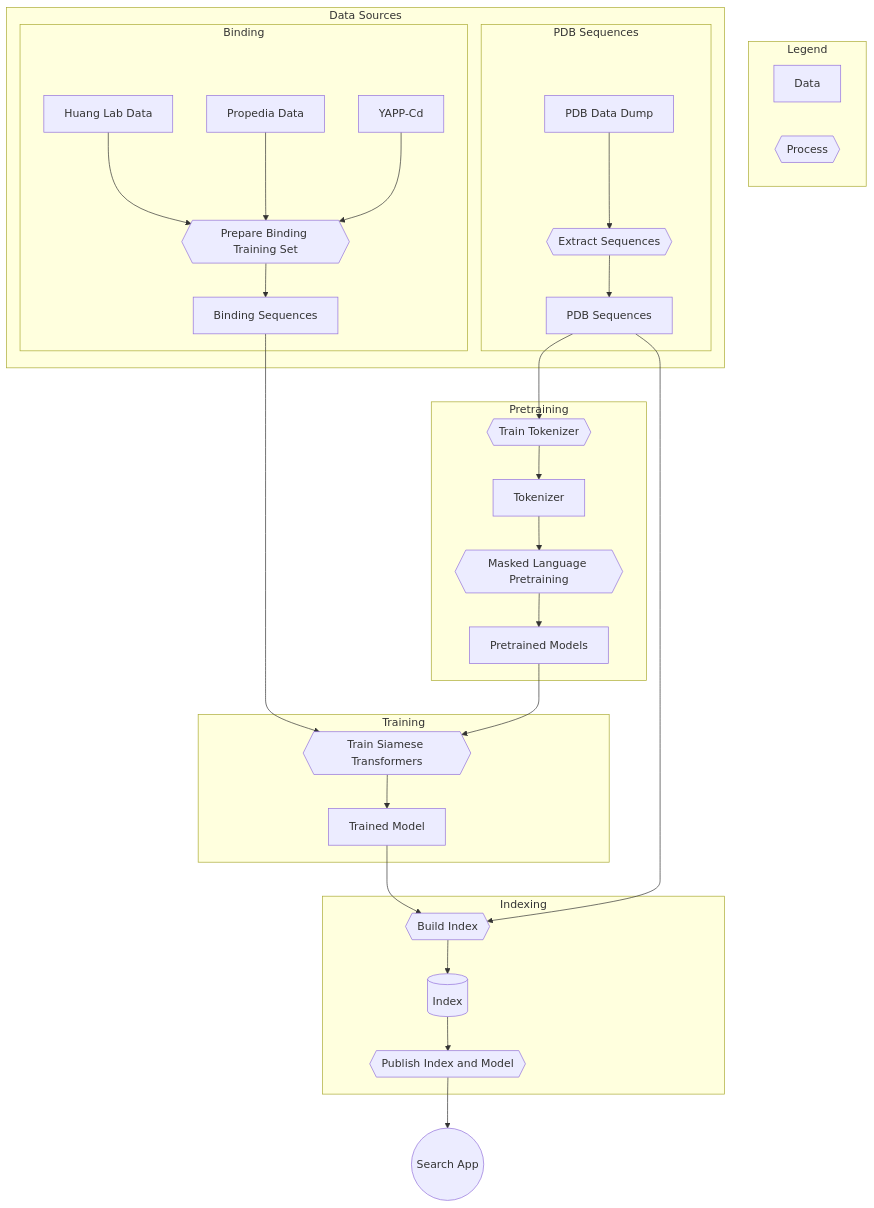
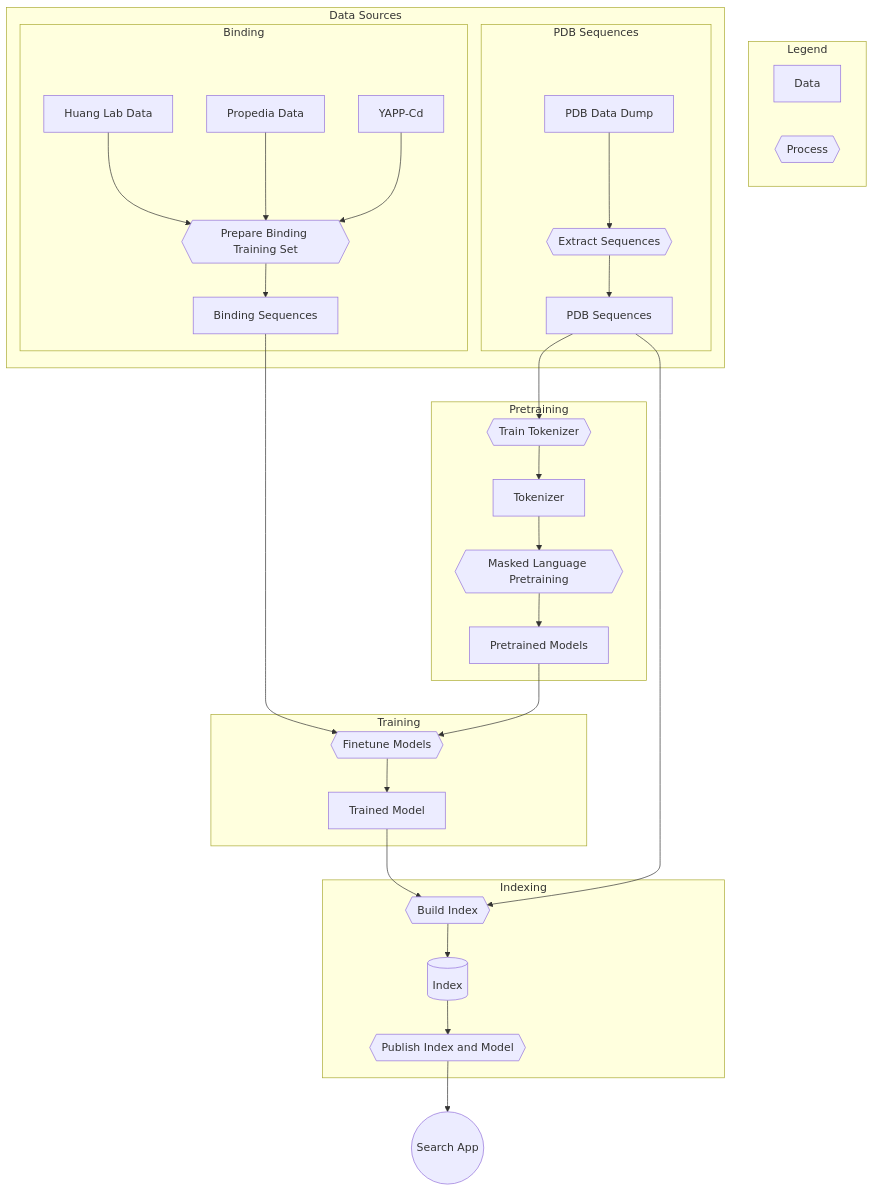
One commit to RoniGurvich/Peptriever changed the second of 2 diagrams in README.md. Above: the diagram before and after it, drawn with Mermaid. The commit also changed 25 other files, not shown here.

````diff
--- a/README.md
+++ b/README.md
@@ -18,53 +18,53 @@
 ```mermaid
 flowchart TD
     subgraph legend[Legend]
         data[Data]
         process{{Process}}
     end
 
     subgraph data_sources[Data Sources]
 
         subgraph pdb_seq[PDB Sequences]
             pdb_dump[PDB Data Dump] --> extract_sequences{{Extract Sequences}} --> pdb_sequences[PDB Sequences]
             click pdb_sequences "https://huggingface.co/datasets/ronig/pdb_sequences" "huggingface dataset"
         end
         
         subgraph binding[Binding]
             huang_data[Huang Lab Data]
             propedia_data[Propedia Data]
             yapp_data[YAPP-Cd]
             huang_data --> preprocess_train_data{{Prepare Binding Training Set}}
             propedia_data --> preprocess_train_data
             yapp_data --> preprocess_train_data
             preprocess_train_data --> binding_sequences[Binding Sequences]
             click binding_sequences "https://huggingface.co/datasets/ronig/protein_binding_sequences" "huggingface dataset"
         end
         
     end
 
     subgraph pretraining[Pretraining]
         pdb_sequences --> train_tokenizer{{Train Tokenizer}} --> tokenizer[Tokenizer]
         tokenizer --> mlm_pretraining{{Masked Language Pretraining}}
         mlm_pretraining --> pretrained_mlm[Pretrained Models]
         click tokenizer "https://huggingface.co/ronig/pdb_bpe_tokenizer_1024_mlm" "huggingface model"
     end
     
     subgraph training[Training]
-        pretrained_mlm --> train_siamese{{Train Siamese Transformers}}
-        binding_sequences --> train_siamese
-        train_siamese --> trained_model[Trained Model]
-        click trained_model "https://huggingface.co/ronig/siamese_protein_bert" "huggingface model"
+        pretrained_mlm --> finetune{{Finetune Models}}
+        binding_sequences --> finetune
+        finetune --> trained_model[Trained Model]
+        click trained_model "https://huggingface.co/ronig/protein_biencoder" "huggingface model"
     end
     
     subgraph indexing[Indexing]
         trained_model --> build_index{{Build Index}}
         pdb_sequences --> build_index
         build_index --> knn_index[(Index)]
         knn_index --> publish_index_model{{Publish Index and Model}}
-        click knn_index "https://huggingface.co/datasets/ronig/siamese_protein_index" "huggingface dataset"
+        click knn_index "https://huggingface.co/datasets/ronig/protein_index" "huggingface dataset"
     end
 
     publish_index_model --> search_app((Search App))
     click search_app "https://huggingface.co/spaces/ronig/protein_binding_search" "huggingface space"
 
 ```
````
